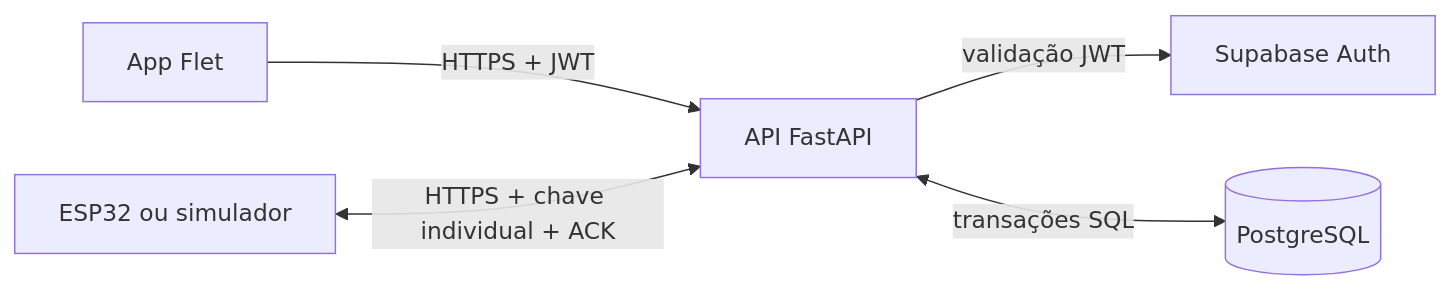
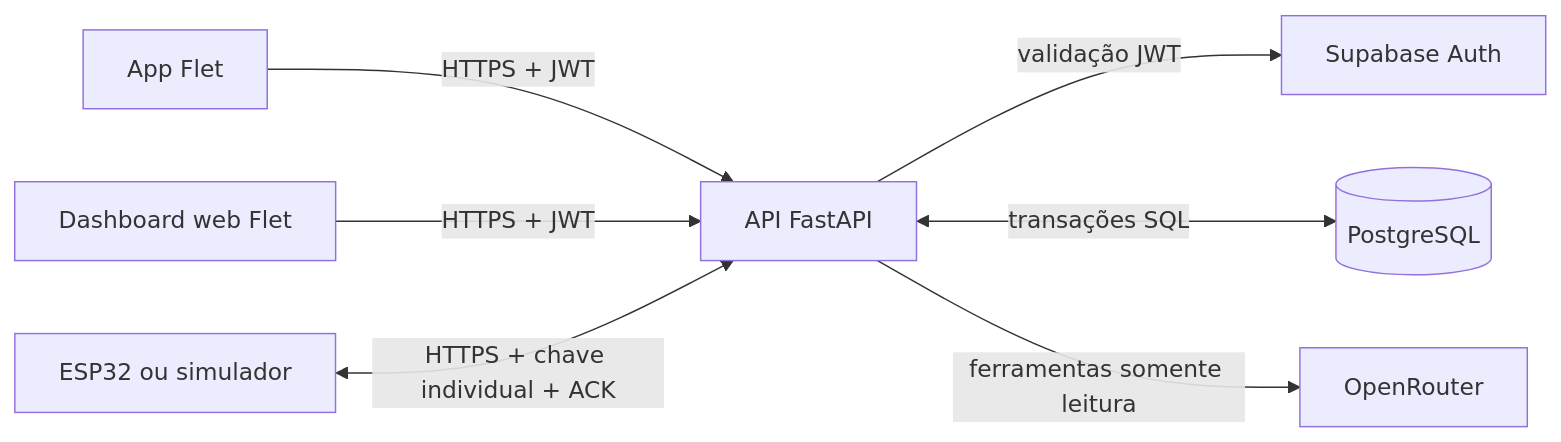
Before and after one commit to DJLIMA1/FIAP-ChargeGridApp-GS1-2026: the first of 2 diagrams in README.md, drawn with Mermaid. The commit also changed other lines of this file and 3 other files, not shown here.

````diff
--- a/README.md
+++ b/README.md
@@ -57,7 +81,9 @@
 ```mermaid
 flowchart LR
     App[App Flet] -->|HTTPS + JWT| API[API FastAPI]
+    Dash[Dashboard web Flet] -->|HTTPS + JWT| API
     ESP[ESP32 ou simulador] <-->|HTTPS + chave individual + ACK| API
     API -->|validação JWT| Auth[Supabase Auth]
     API <-->|transações SQL| DB[(PostgreSQL)]
+    API -->|ferramentas somente leitura| LLM[OpenRouter]
 ```
````
